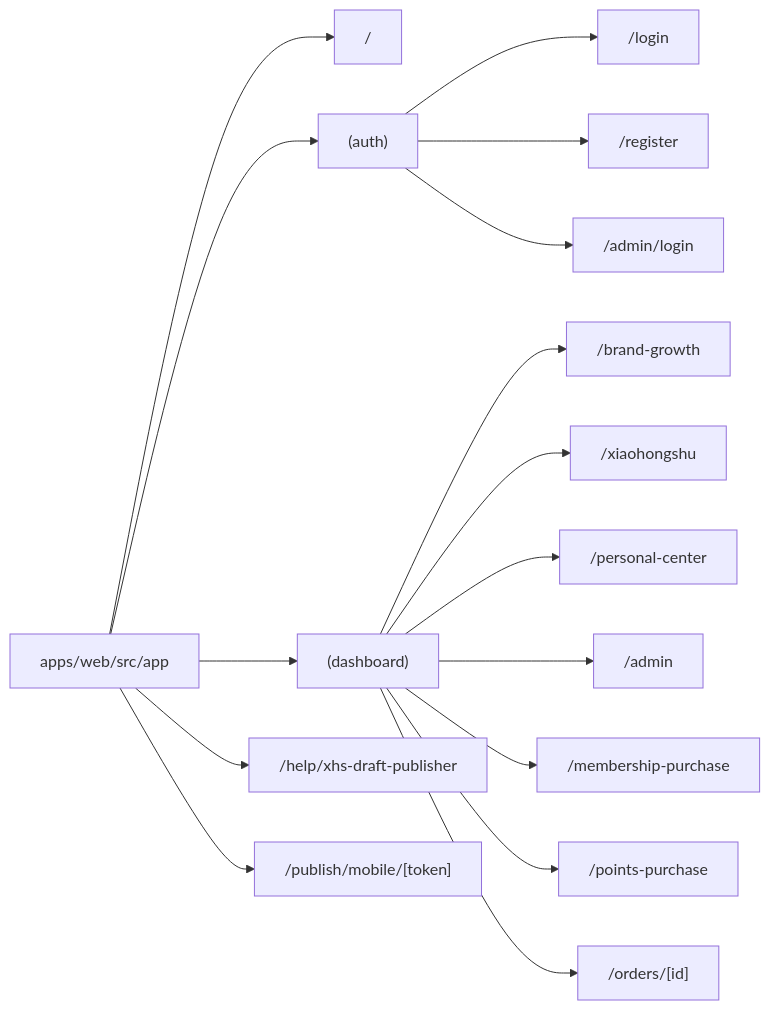
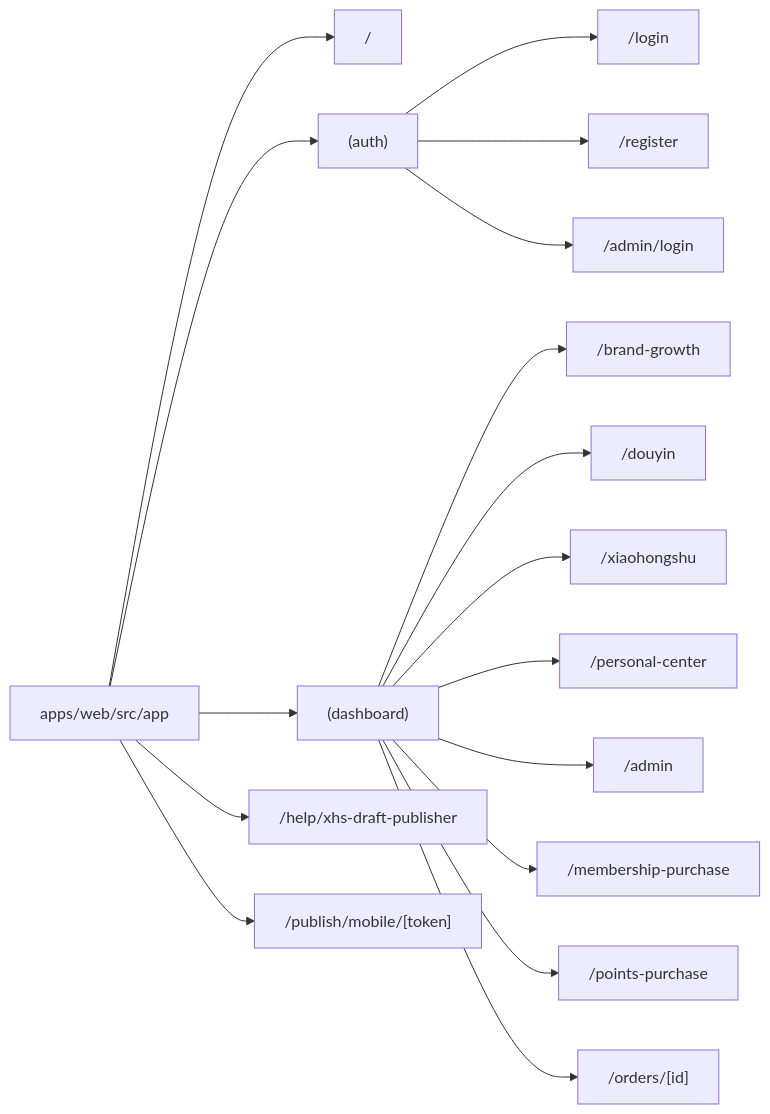
The second of 12 diagrams in docs/site-map-mermaid.md (Depthukesh/ai-omni-ops-system), drawn with Mermaid before and after one commit. The commit also changed other lines of this file and 6 other files, not shown here.

````diff
--- a/docs/site-map-mermaid.md
+++ b/docs/site-map-mermaid.md
@@ -93,22 +94,23 @@
 ```mermaid
 flowchart LR
     Root["apps/web/src/app"]
 
     Root --> Home["/"]
     Root --> Auth["(auth)"]
     Root --> Dash["(dashboard)"]
     Root --> Help["/help/xhs-draft-publisher"]
     Root --> Publish["/publish/mobile/[token]"]
 
     Auth --> Login["/login"]
     Auth --> Register["/register"]
     Auth --> AdminLogin["/admin/login"]
 
     Dash --> BrandGrowth["/brand-growth"]
+    Dash --> Douyin["/douyin"]
     Dash --> Xiaohongshu["/xiaohongshu"]
     Dash --> Personal["/personal-center"]
     Dash --> Admin["/admin"]
     Dash --> Membership["/membership-purchase"]
     Dash --> Points["/points-purchase"]
     Dash --> OrderDetail["/orders/[id]"]
 ```
````
